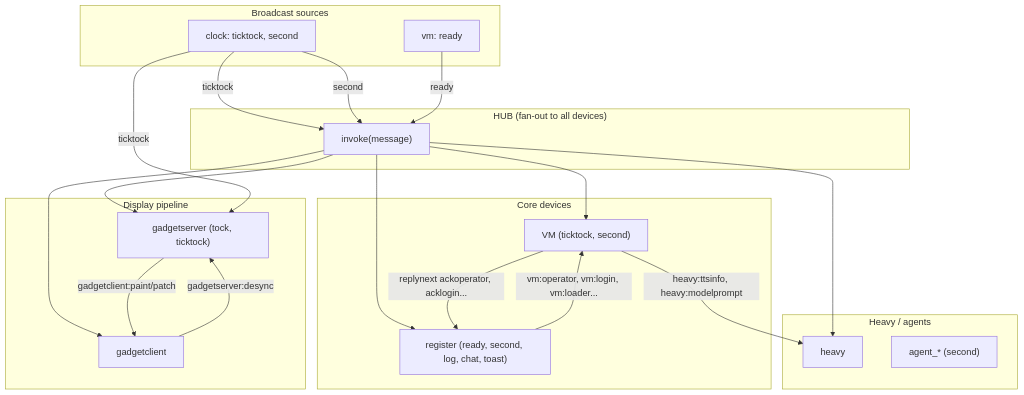
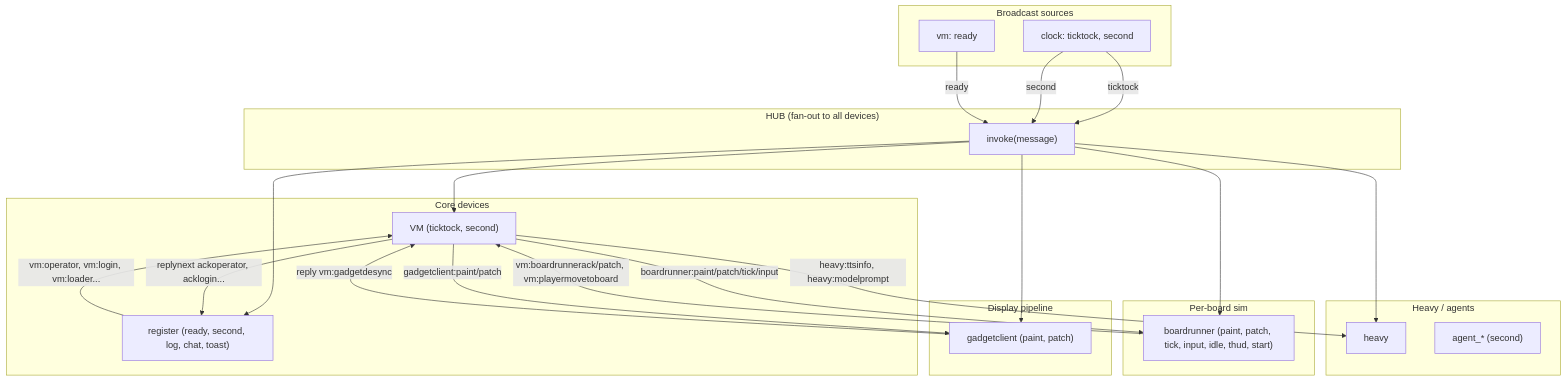
Before and after one commit to goldbuick/zed-software-system: the diagram in zss/device/docs/message-flow.md, drawn with Mermaid. The commit also changed other lines of this file and 30 other files, not shown here.

````diff
--- a/zss/device/docs/message-flow.md
+++ b/zss/device/docs/message-flow.md
@@ -9,45 +9,49 @@
 ```mermaid
 flowchart TB
     subgraph Hub["HUB (fan-out to all devices)"]
         invoke["invoke(message)"]
     end
 
     subgraph Broadcast["Broadcast sources"]
         Clock["clock: ticktock, second"]
         VM["vm: ready"]
     end
 
     subgraph Core["Core devices"]
         VM2["VM (ticktock, second)"]
         Register["register (ready, second, log, chat, toast)"]
     end
 
     subgraph Display["Display pipeline"]
-        GadgetServer["gadgetserver (tock, ticktock)"]
-        GadgetClient["gadgetclient"]
+        GadgetClient["gadgetclient (paint, patch)"]
+    end
+
+    subgraph Sim["Per-board sim"]
+        BoardRunner["boardrunner (paint, patch, tick, input, idle, thud, start)"]
     end
 
     subgraph Heavy["Heavy / agents"]
         HeavyDev["heavy"]
         Agent["agent_* (second)"]
     end
 
     Clock -->|ticktock| invoke
     Clock -->|second| invoke
     VM -->|ready| invoke
 
     invoke --> VM2
     invoke --> Register
-    invoke --> GadgetServer
     invoke --> GadgetClient
+    invoke --> BoardRunner
     invoke --> HeavyDev
 
     Register -->|vm:operator, vm:login, vm:loader...| VM2
     VM2 -->|replynext ackoperator, acklogin...| Register
     VM2 -->|heavy:ttsinfo, heavy:modelprompt| HeavyDev
 
-    GadgetServer -->|gadgetclient:paint/patch| GadgetClient
-    GadgetClient -->|gadgetserver:desync| GadgetServer
+    VM2 -->|gadgetclient:paint/patch| GadgetClient
+    GadgetClient -->|reply vm:gadgetdesync| VM2
 
-    Clock -->|ticktock| GadgetServer
+    VM2 -->|boardrunner:paint/patch/tick/input| BoardRunner
+    BoardRunner -->|vm:boardrunnerack/patch, vm:playermovetoboard| VM2
 ```
````
